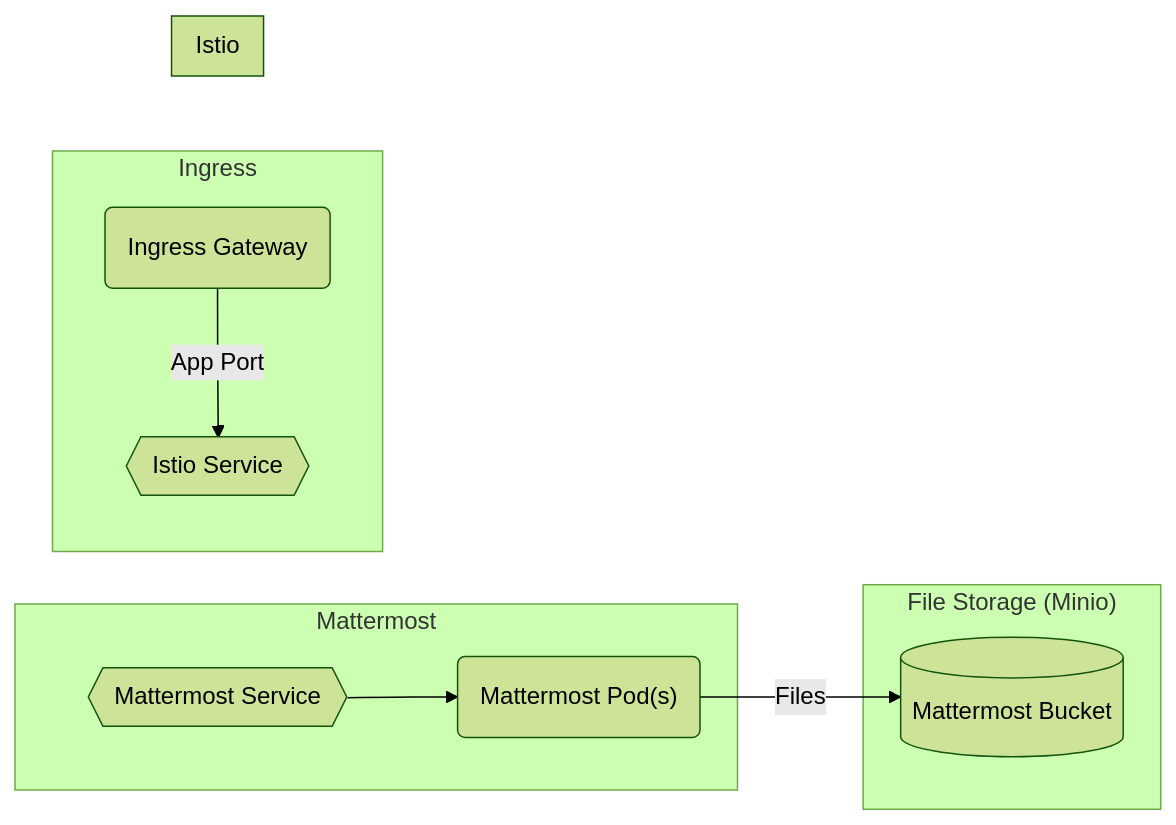
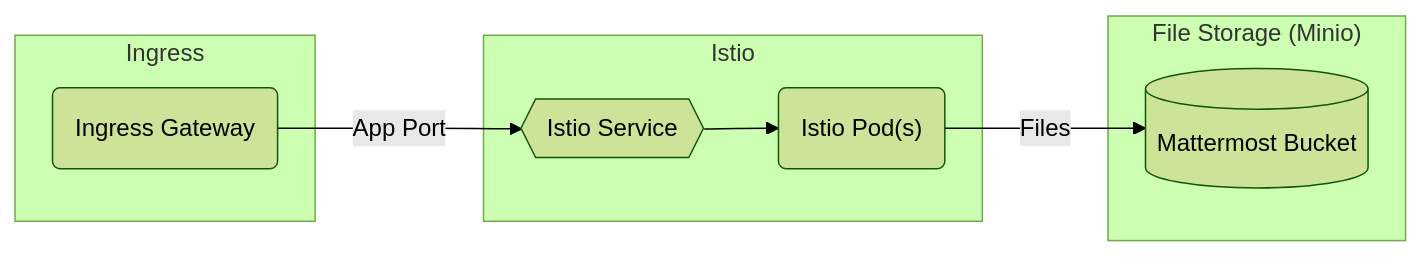
The diagram in charter/packages/minio/Architecture.md (rjferguson21/big-bang), drawn with Mermaid (forest theme) before and after one commit.

Commit message:
Starting over

````diff
--- a/charter/packages/minio/Architecture.md
+++ b/charter/packages/minio/Architecture.md
@@ -12,19 +12,15 @@
 ```mermaid
 graph LR
-  subgraph "Mattermost"
-    mattermostpods("Mattermost Pod(s)")
-    mmservice{{Mattermost Service}} --> mattermostpods("Mattermost Pod(s)")
+  subgraph "Istio"
+    istiopods("Istio Pod(s)")
+    istservice{{Istio Service}} --> istiopods("Istio Pod(s)")
   end      
 
   subgraph "Ingress"
     ig(Ingress Gateway) --"App Port"--> istservice
   end
 
-  subgraph "Istio"
-    istservice{{Istio Service}}
-  end
-
   subgraph "File Storage (Minio)"
-    mattermostpods("Mattermost Pod(s)") --"Files"--> bucket[(Mattermost Bucket)]
+    istiopods("Istio Pod(s)") --"Files"--> bucket[(Mattermost Bucket)]
   end
 ```
````
